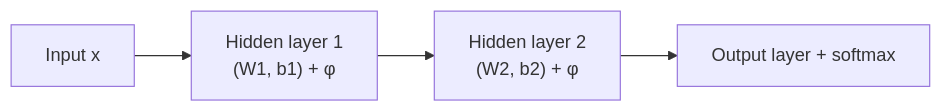
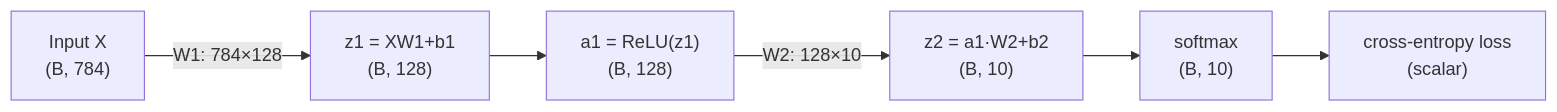
Before and after one commit to ABHIRAM3007/itp: the first of 2 diagrams in roadmap/phase-2-deep-learning/01-perceptron-mlp.md, drawn with Mermaid. The commit also changed other lines of this file and 23 other files, not shown here.

````diff
--- a/roadmap/phase-2-deep-learning/01-perceptron-mlp.md
+++ b/roadmap/phase-2-deep-learning/01-perceptron-mlp.md
@@ -86,6 +160,8 @@
 ```mermaid
 flowchart LR
-    X["Input x"] --> H1["Hidden layer 1<br/>(W1, b1) + φ"]
-    H1 --> H2["Hidden layer 2<br/>(W2, b2) + φ"]
-    H2 --> O["Output layer + softmax"]
+    X["Input X<br/>(B, 784)"] -->|"W1: 784×128"| Z1["z1 = XW1+b1<br/>(B, 128)"]
+    Z1 --> A1["a1 = ReLU(z1)<br/>(B, 128)"]
+    A1 -->|"W2: 128×10"| Z2["z2 = a1·W2+b2<br/>(B, 10)"]
+    Z2 --> P["softmax<br/>(B, 10)"]
+    P --> L["cross-entropy loss<br/>(scalar)"]
 ```
````
